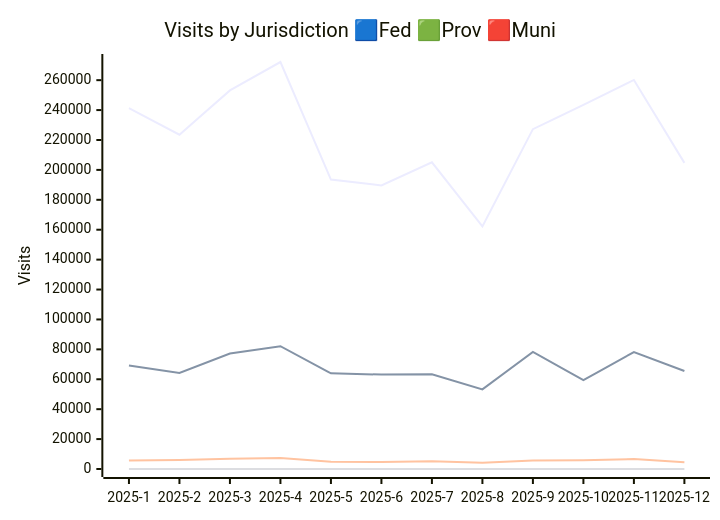
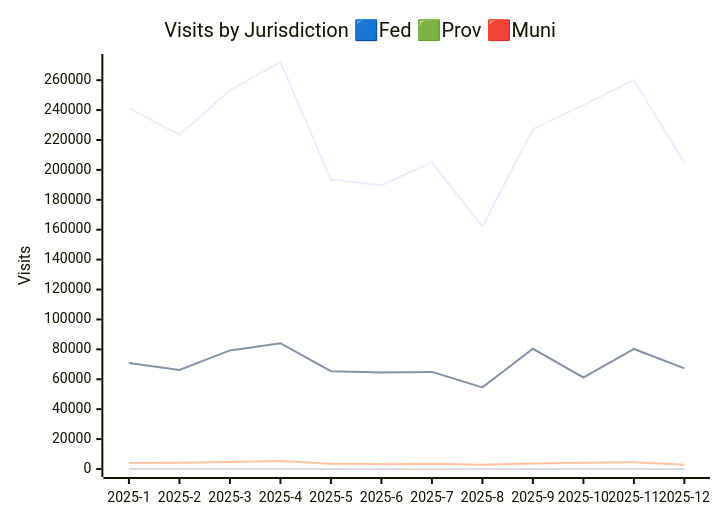
One commit to open-data/analytics-corporate-reporting changed the second of 3 diagrams in JURISDICTION_ANALYTICS_REPORT/readme.md. Above: the diagram before and after it, drawn with Mermaid. The commit also changed other lines of this file and 3 other files, not shown here.

````diff
--- a/JURISDICTION_ANALYTICS_REPORT/readme.md
+++ b/JURISDICTION_ANALYTICS_REPORT/readme.md
@@ -27,11 +27,11 @@
 ```mermaid
 
 xychart-beta
     title "Visits by Jurisdiction 🟦Fed 🟩Prov 🟥Muni"
     x-axis [2025-1, 2025-2, 2025-3, 2025-4, 2025-5, 2025-6, 2025-7, 2025-8, 2025-9, 2025-10, 2025-11, 2025-12]
     y-axis "Visits" 0 --> 272145
     line [241271, 223539, 253153, 272135, 193502, 189608, 205044, 162238, 227239, 243412, 260156, 204699]
-    line [69172, 64272, 77191, 82129, 63946, 63143, 63397, 53211, 78338, 59391, 78178, 65559]
-    line [5739, 6035, 6777, 7361, 4922, 4614, 5109, 4252, 5685, 5906, 6673, 4578]
+    line [70847, 66188, 79309, 84117, 65419, 64529, 64920, 54576, 80393, 61191, 80278, 67299]
+    line [4066, 4123, 4659, 5374, 3450, 3230, 3588, 2889, 3631, 4105, 4571, 2843]
     line [0, 0, 0, 0, 0, 0, 0, 0, 0, 13, 7, 27]
 ```
````
